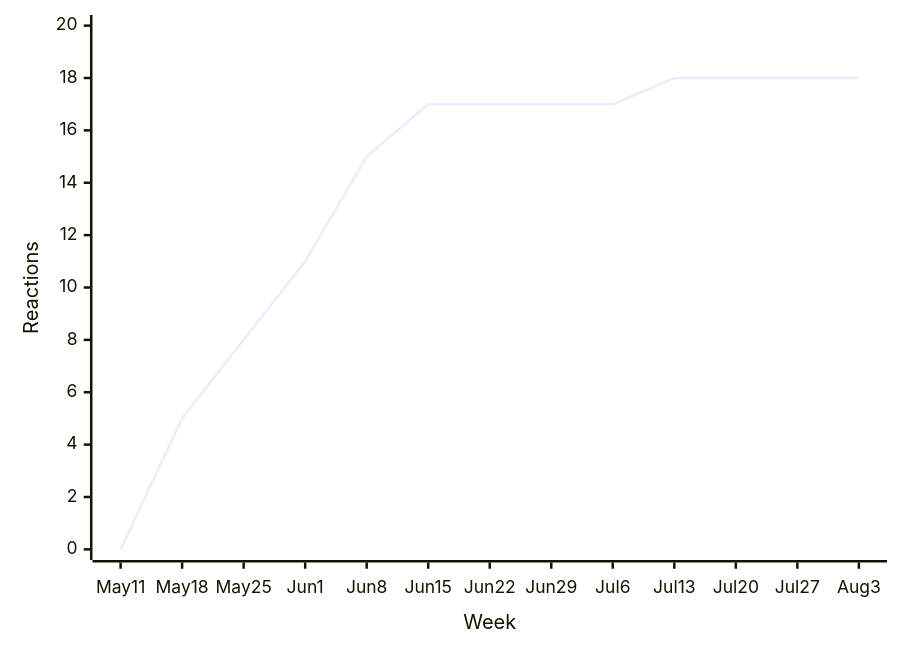
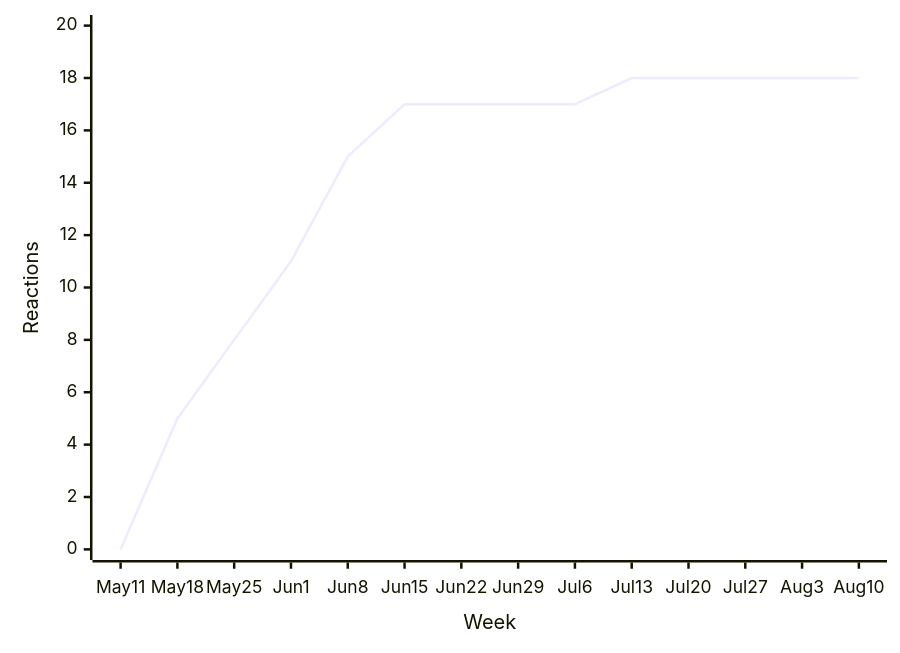
The eighth of 43 diagrams in README.md (loic-sharma/github-insights), drawn with Mermaid before and after one commit. The commit also changed other lines of this file and 3 other files, not shown here.

````diff
--- a/README.md
+++ b/README.md
@@ -458,6 +458,6 @@
   ```mermaid
   xychart-beta
-    x-axis "Week" [May 11, May 18, May 25, Jun 1, Jun 8, Jun 15, Jun 22, Jun 29, Jul 6, Jul 13, Jul 20, Jul 27, Aug 3]
+    x-axis "Week" [May 11, May 18, May 25, Jun 1, Jun 8, Jun 15, Jun 22, Jun 29, Jul 6, Jul 13, Jul 20, Jul 27, Aug 3, Aug 10]
     y-axis "Reactions" 0 --> 20
-    line [0, 5, 8, 11, 15, 17, 17, 17, 17, 18, 18, 18, 18]
+    line [0, 5, 8, 11, 15, 17, 17, 17, 17, 18, 18, 18, 18, 18]
   ```
````
